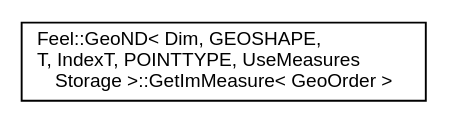
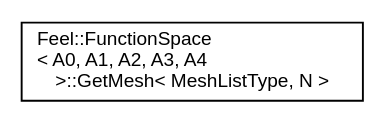
One commit to feelpp/feelpp changed the diagram in inherit_graph_277.dot. Above: the diagram before and after it, drawn with Graphviz. The commit also changed 1416 other files, not shown here.

```diff
--- a/inherit_graph_277.dot
+++ b/inherit_graph_277.dot
@@ -1,8 +1,8 @@
 digraph "Graphical Class Hierarchy"
 {
  // LATEX_PDF_SIZE
   edge [fontname="Helvetica",fontsize="10",labelfontname="Helvetica",labelfontsize="10"];
   node [fontname="Helvetica",fontsize="10",shape=record];
   rankdir="LR";
-  Node0 [label="Feel::GeoND\< Dim, GEOSHAPE,\l T, IndexT, POINTTYPE, UseMeasures\lStorage \>::GetImMeasure\< GeoOrder \>",height=0.2,width=0.4,color="black", fillcolor="white", style="filled",URL="$structFeel_1_1GeoND_1_1GetImMeasure.html",tooltip=" "];
+  Node0 [label="Feel::FunctionSpace\l\< A0, A1, A2, A3, A4\l \>::GetMesh\< MeshListType, N \>",height=0.2,width=0.4,color="black", fillcolor="white", style="filled",URL="$structFeel_1_1FunctionSpace_1_1GetMesh.html",tooltip=" "];
 }
```
